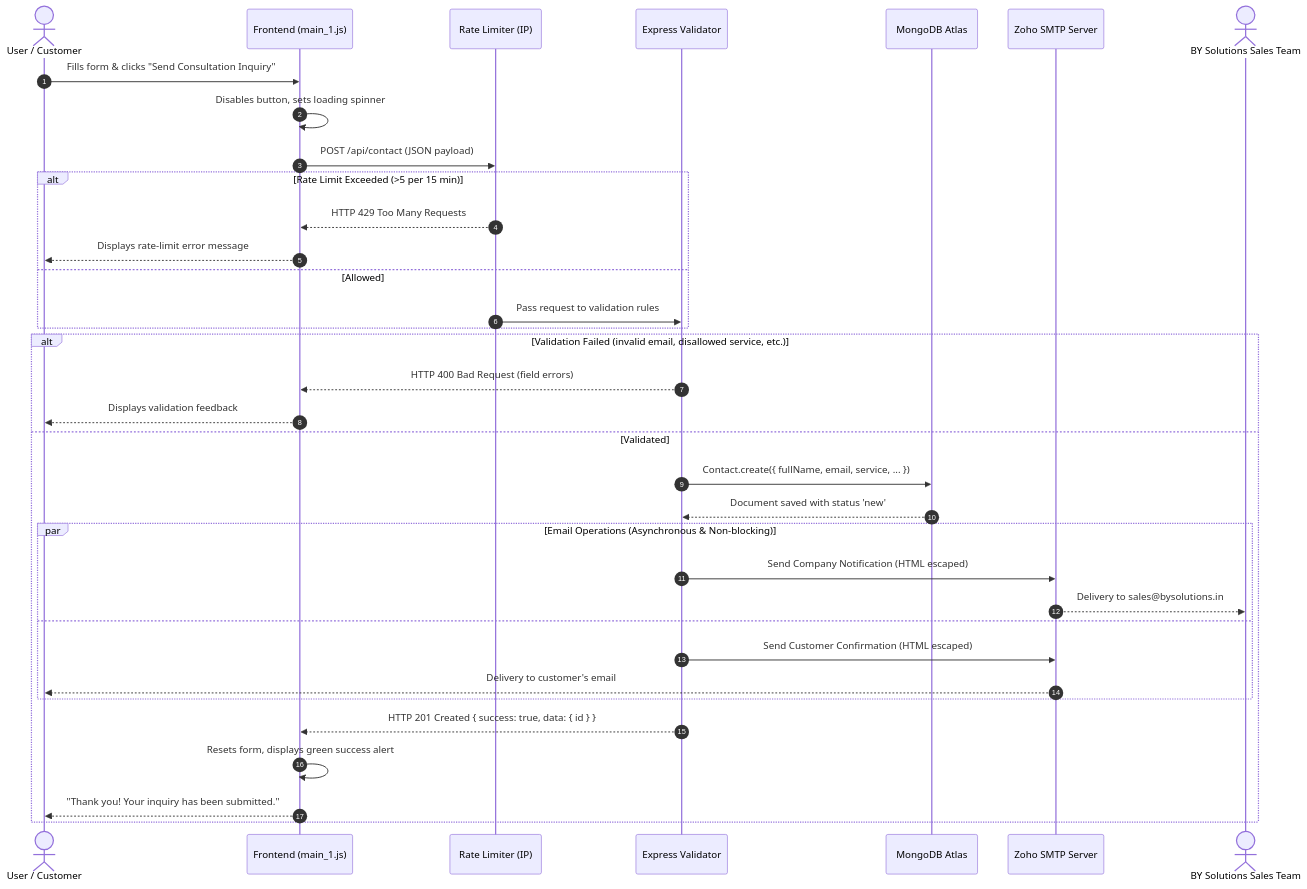
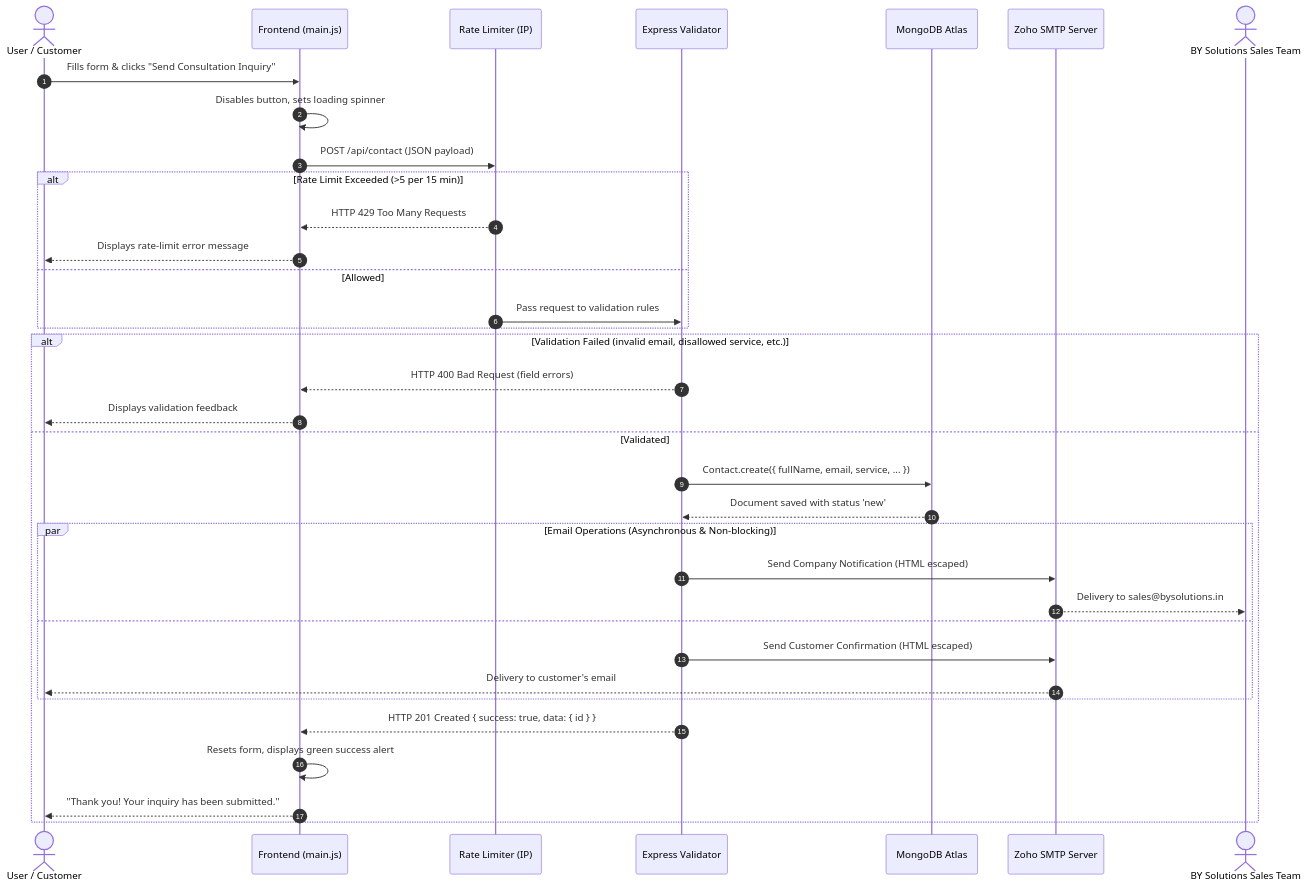
The diagram in README.md (VanshMt/Bysolutions-Webiste), drawn with Mermaid before and after one commit. The commit also changed other lines of this file and 16 other files, not shown here.

````diff
--- a/README.md
+++ b/README.md
@@ -162,38 +147,38 @@
 ```mermaid
 sequenceDiagram
     autonumber
     actor Customer as User / Customer
-    participant Browser as Frontend (main_1.js)
+    participant Browser as Frontend (main.js)
     participant RateLimiter as Rate Limiter (IP)
     participant Validator as Express Validator
     participant DB as MongoDB Atlas
     participant Zoho as Zoho SMTP Server
     actor Sales as BY Solutions Sales Team
 
     Customer->>Browser: Fills form & clicks "Send Consultation Inquiry"
     Browser->>Browser: Disables button, sets loading spinner
     Browser->>RateLimiter: POST /api/contact (JSON payload)
     alt Rate Limit Exceeded (>5 per 15 min)
         RateLimiter-->>Browser: HTTP 429 Too Many Requests
         Browser-->>Customer: Displays rate-limit error message
     else Allowed
         RateLimiter->>Validator: Pass request to validation rules
     end
     alt Validation Failed (invalid email, disallowed service, etc.)
         Validator-->>Browser: HTTP 400 Bad Request (field errors)
         Browser-->>Customer: Displays validation feedback
     else Validated
         Validator->>DB: Contact.create({ fullName, email, service, ... })
         DB-->>Validator: Document saved with status 'new'
         par Email Operations (Asynchronous & Non-blocking)
             Validator->>Zoho: Send Company Notification (HTML escaped)
             Zoho-->>Sales: Delivery to sales@bysolutions.in
         and
             Validator->>Zoho: Send Customer Confirmation (HTML escaped)
             Zoho-->>Customer: Delivery to customer's email
         end
         Validator-->>Browser: HTTP 201 Created { success: true, data: { id } }
         Browser->>Browser: Resets form, displays green success alert
         Browser-->>Customer: "Thank you! Your inquiry has been submitted."
     end
 ```
````
